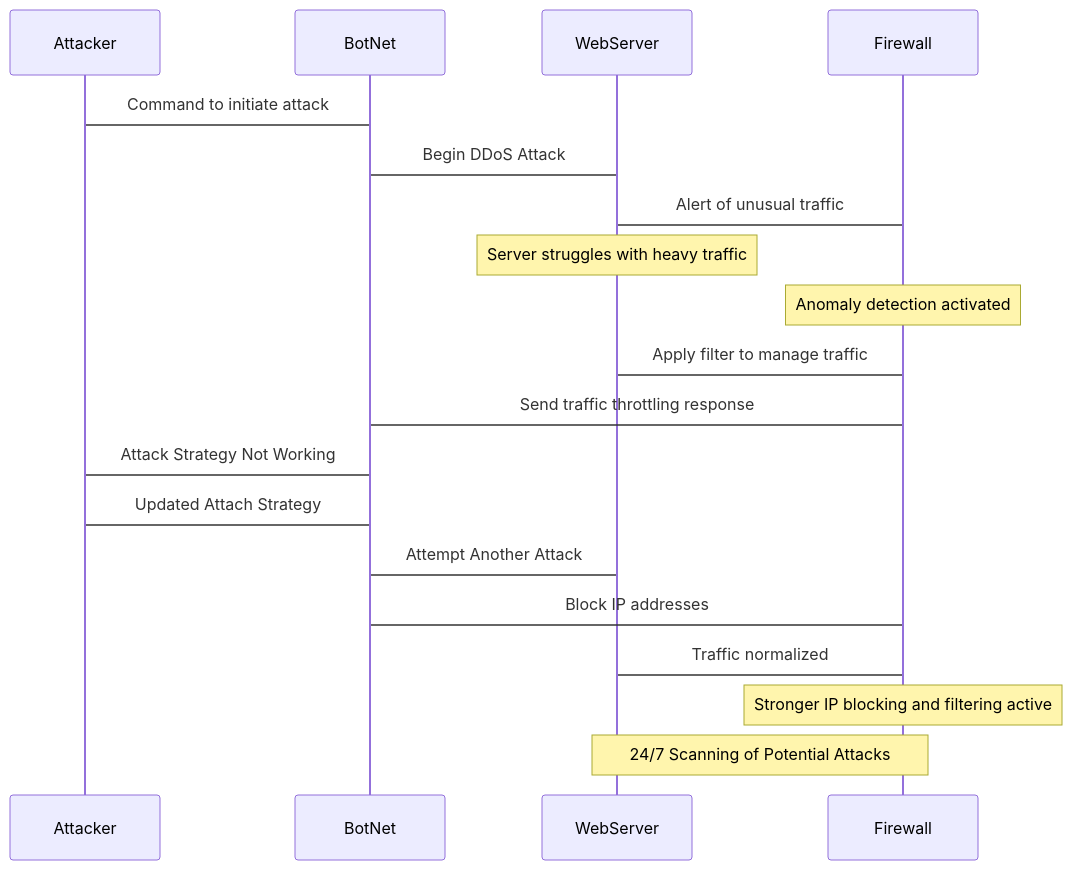
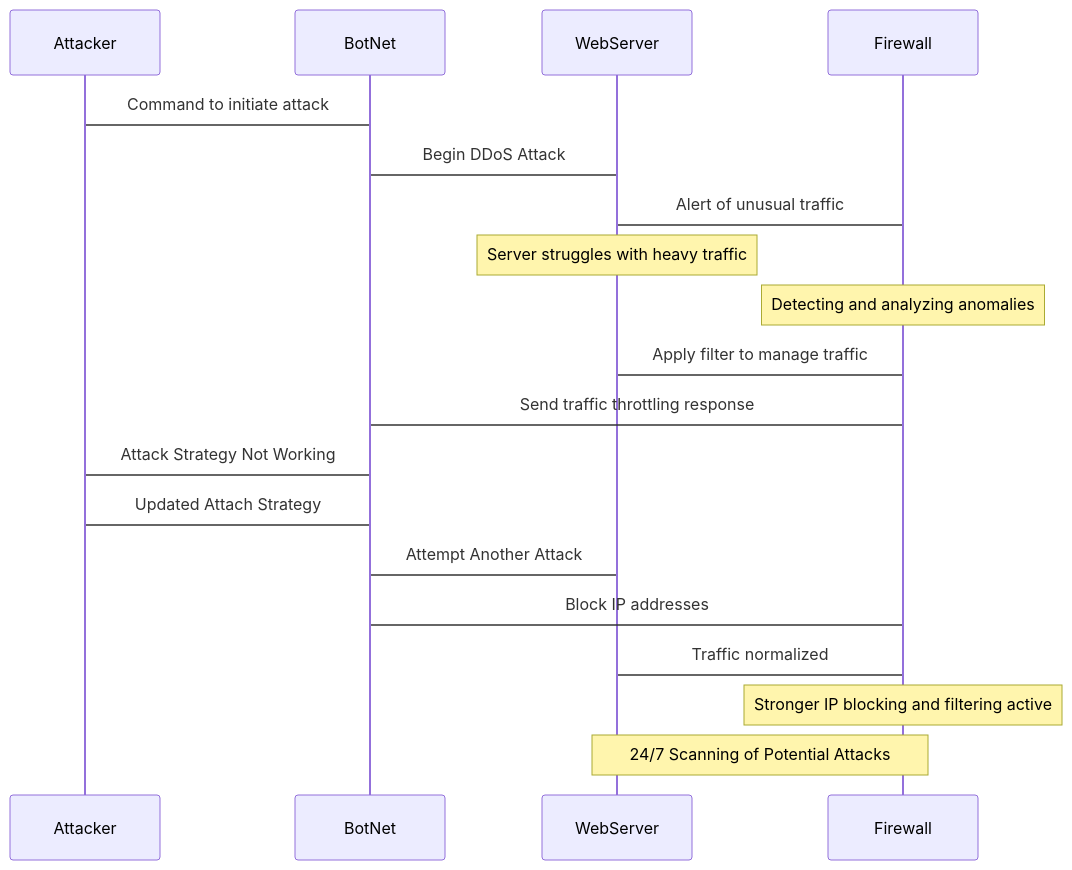
The diagram in DDoS Attack Sequence.md (Jeaton45/Jeaton45.github.io), drawn with Mermaid before and after one commit.

Commit message:
Update DDoS Attack Sequence.md

````diff
--- a/DDoS Attack Sequence.md
+++ b/DDoS Attack Sequence.md
@@ -1,27 +1,27 @@
 ```mermaid
 sequenceDiagram
 participant Attacker
 participant BotNet
 participant WebServer
 participant Firewall
 
 Attacker -> BotNet: Command to initiate attack
 BotNet -> WebServer: Begin DDoS Attack
 WebServer -> Firewall: Alert of unusual traffic
 
 Note over WebServer: Server struggles with heavy traffic
-Note over Firewall: Anomaly detection activated
+Note over Firewall: Detecting and analyzing anomalies
 
 Firewall -> WebServer: Apply filter to manage traffic 
 Firewall -> BotNet: Send traffic throttling response
 
 BotNet -> Attacker: Attack Strategy Not Working
 Attacker -> BotNet: Updated Attach Strategy
 BotNet -> WebServer: Attempt Another Attack
 
 Firewall -> BotNet: Block IP addresses
 Firewall -> WebServer: Traffic normalized
 
 Note over Firewall: Stronger IP blocking and filtering active
 Note over Firewall, WebServer: 24/7 Scanning of Potential Attacks
 ```
````
